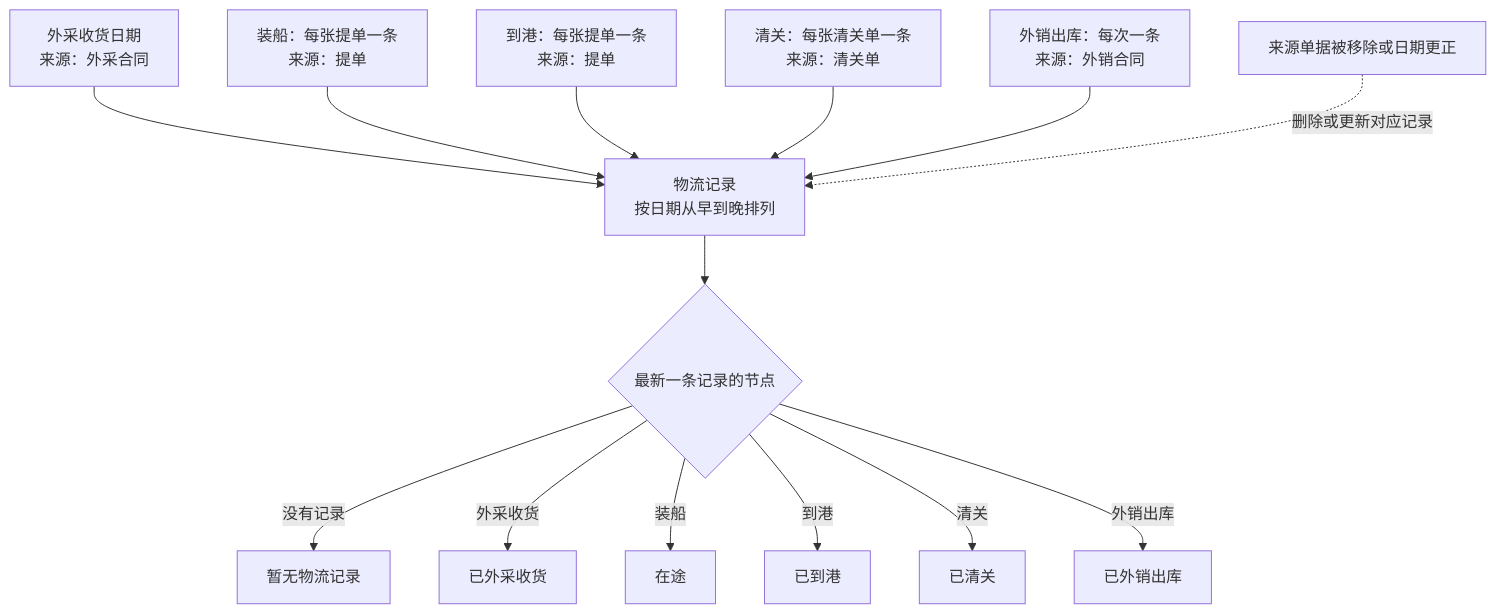
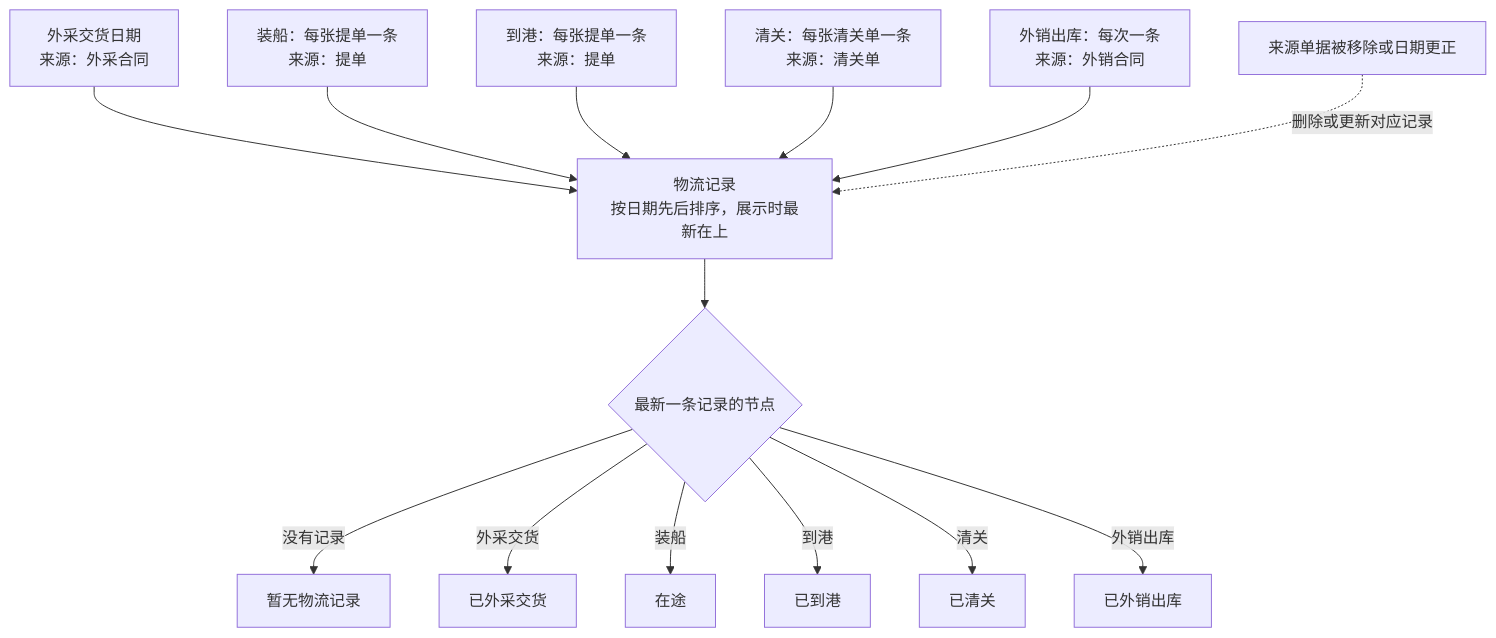
One commit to wxblockchain/Chain-Financing changed the second of 4 diagrams in asset-trust-platform/PRD/运营端/M5-车辆履约/02-车辆履约-流程图与状态机.md. Above: the diagram before and after it, drawn with Mermaid. The commit also changed other lines of this file and 3 other files, not shown here.

````diff
--- a/asset-trust-platform/PRD/运营端/M5-车辆履约/02-车辆履约-流程图与状态机.md
+++ b/asset-trust-platform/PRD/运营端/M5-车辆履约/02-车辆履约-流程图与状态机.md
@@ -49,16 +49,16 @@
 ```mermaid
 flowchart TD
-    E1[外采收货日期<br/>来源：外采合同] --> REC
+    E1[外采交货日期<br/>来源：外采合同] --> REC
     E2[装船：每张提单一条<br/>来源：提单] --> REC
     E3[到港：每张提单一条<br/>来源：提单] --> REC
     E4[清关：每张清关单一条<br/>来源：清关单] --> REC
     E5[外销出库：每次一条<br/>来源：外销合同] --> REC
-    REC[物流记录<br/>按日期从早到晚排列] --> L{最新一条记录的节点}
+    REC[物流记录<br/>按日期先后排序，展示时最新在上] --> L{最新一条记录的节点}
     L -->|没有记录| S0[暂无物流记录]
-    L -->|外采收货| S1[已外采收货]
+    L -->|外采交货| S1[已外采交货]
     L -->|装船| S2[在途]
     L -->|到港| S3[已到港]
     L -->|清关| S4[已清关]
     L -->|外销出库| S5[已外销出库]
     X[来源单据被移除或日期更正] -. 删除或更新对应记录 .-> REC
 ```
````
